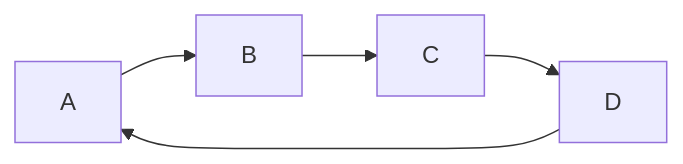
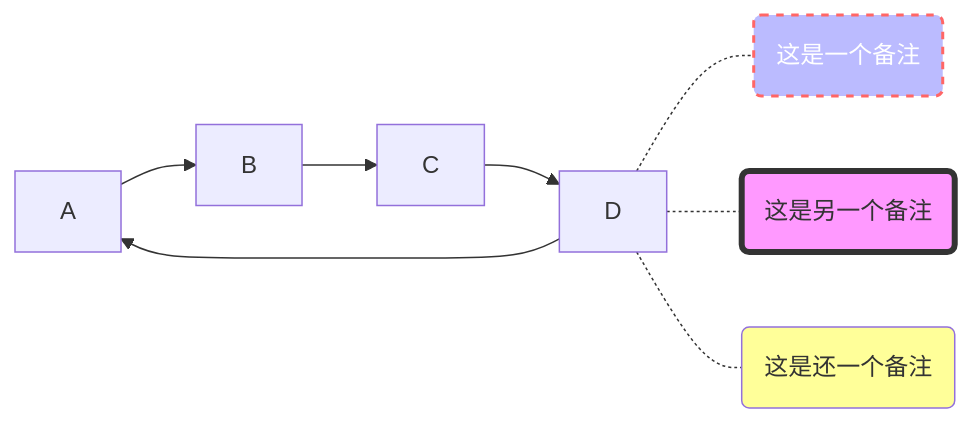
One commit to wu-yin/test changed the first of 4 diagrams in markdownLearning/markdownLearning.md. Above: the diagram before and after it, drawn with Mermaid. The commit also changed other lines of this file and 1 other file, not shown here.

````diff
--- a/markdownLearning/markdownLearning.md
+++ b/markdownLearning/markdownLearning.md
@@ -65,7 +80,14 @@
 ```mermaid
 graph LR;
 A-->B
 B-->C
 C-->D
 D-->A
+D-.-cmt1(这是一个备注)
+D-.-cmt2(这是另一个备注)
+D-.-cmt3(这是还一个备注)
+
+style cmt1 fill:#bbf, stroke:#f66, stroke-width:2px, color:#fff, stroke-dasharray:5, 5
+style cmt2 fill:#f9f, stroke:#333, stroke-width:4px
+style cmt3 fill:#ff9
 ```
````
